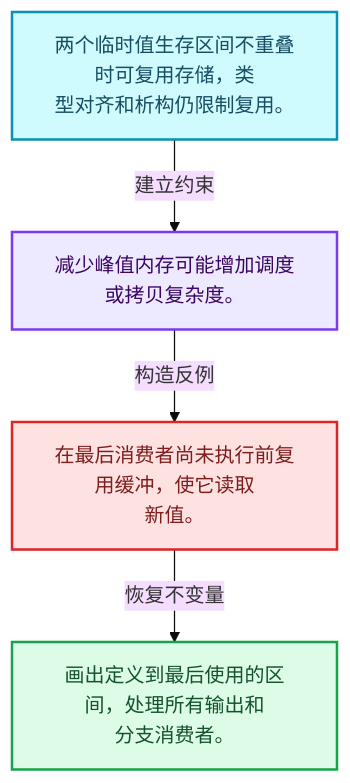
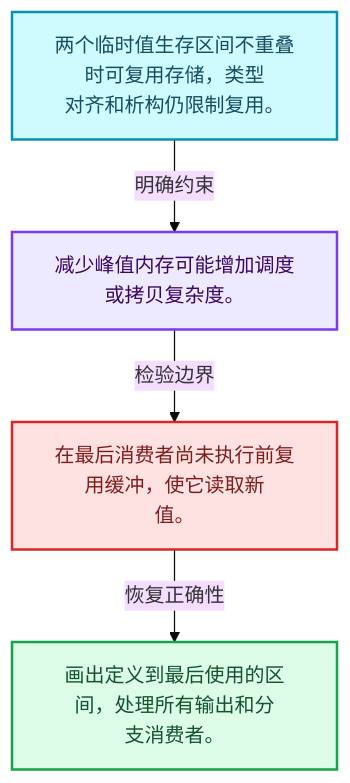
One commit to yunkezengren/blender-.vscode changed the first of 4 diagrams in 杂/markdown/全面学习-codex/07-MultiFunction与批量执行/09-执行器与内存复用.md. Above: the diagram before and after it, drawn with Mermaid (base theme). The commit also changed other lines of this file and 1930 other files, not shown here.

````diff
--- a/杂/markdown/全面学习-codex/07-MultiFunction与批量执行/09-执行器与内存复用.md
+++ b/杂/markdown/全面学习-codex/07-MultiFunction与批量执行/09-执行器与内存复用.md
@@ -29,16 +29,16 @@
 ```mermaid
 flowchart TB
-  M["两个临时值生存区间不重叠时可复用存储，类<br/>型对齐和析构仍限制复用。"]:::data
-  T["减少峰值内存可能增加调度或拷贝复杂度。"]:::abstraction
-  X["在最后消费者尚未执行前复用缓冲，使它读取<br/>新值。"]:::error
-  A["画出定义到最后使用的区间，处理所有输出和<br/>分支消费者。"]:::result
-  M -->|"建立约束"| T
-  T -->|"构造反例"| X
-  X -->|"恢复不变量"| A
+  M["两个临时值生存区间不重叠时可复用存储，类型<br/>对齐和析构仍限制复用。"]:::data
+  C["减少峰值内存可能增加调度或拷贝复杂度。"]:::abstraction
+  B["在最后消费者尚未执行前复用缓冲，使它读取新<br/>值。"]:::error
+  R["画出定义到最后使用的区间，处理所有输出和分<br/>支消费者。"]:::result
+  M -->|"明确约束"| C
+  C -->|"检验边界"| B
+  B -->|"恢复正确性"| R
   classDef input fill:#DBEAFE,stroke:#2563EB,color:#172554,stroke-width:2px;
   classDef data fill:#CFFAFE,stroke:#0891B2,color:#164E63,stroke-width:2px;
   classDef abstraction fill:#EDE9FE,stroke:#7C3AED,color:#3B0764,stroke-width:2px;
   classDef compute fill:#FEF3C7,stroke:#D97706,color:#78350F,stroke-width:2px;
   classDef result fill:#DCFCE7,stroke:#16A34A,color:#14532D,stroke-width:2px;
   classDef error fill:#FEE2E2,stroke:#DC2626,color:#7F1D1D,stroke-width:2px;
 ```
````
